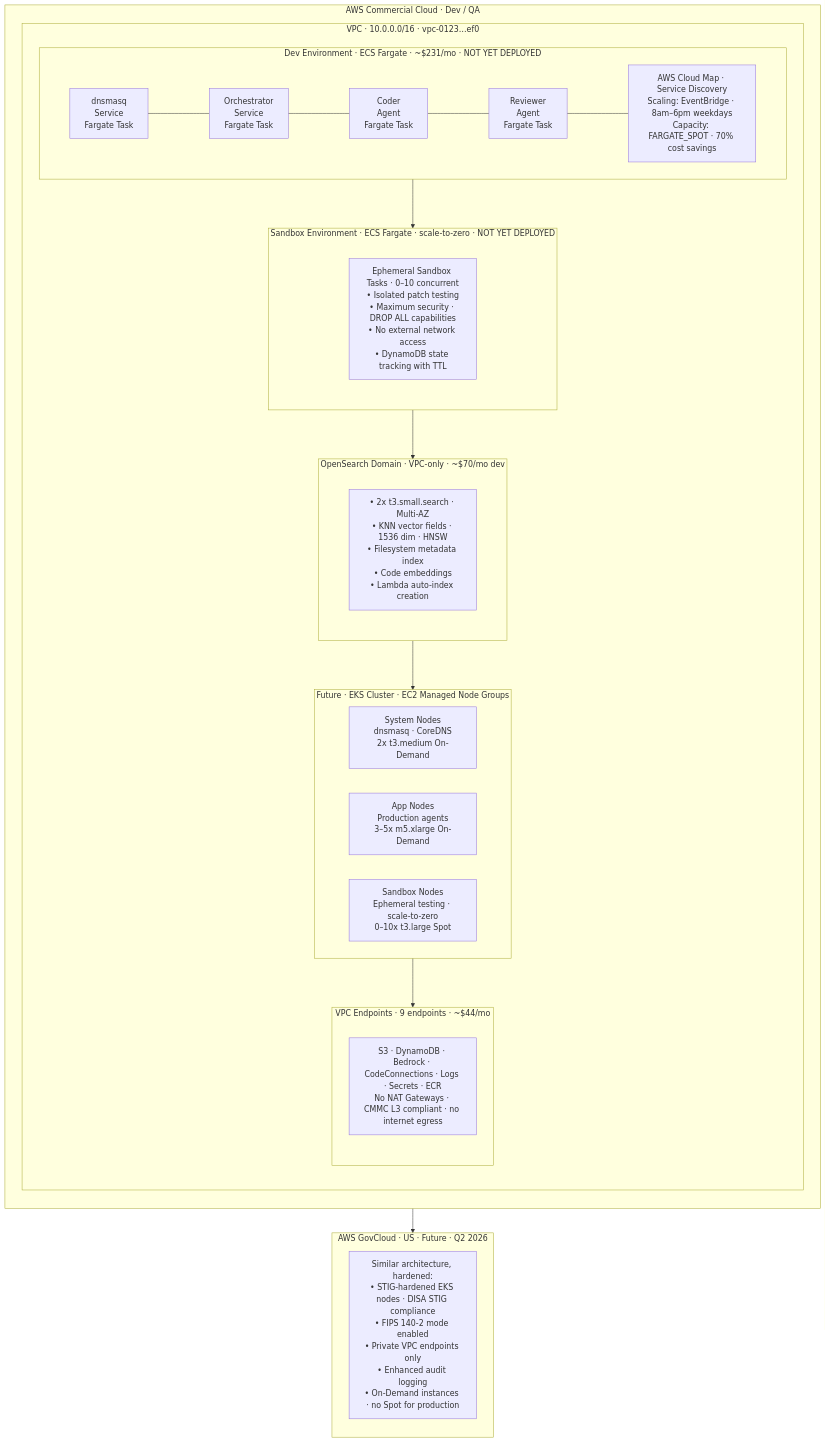
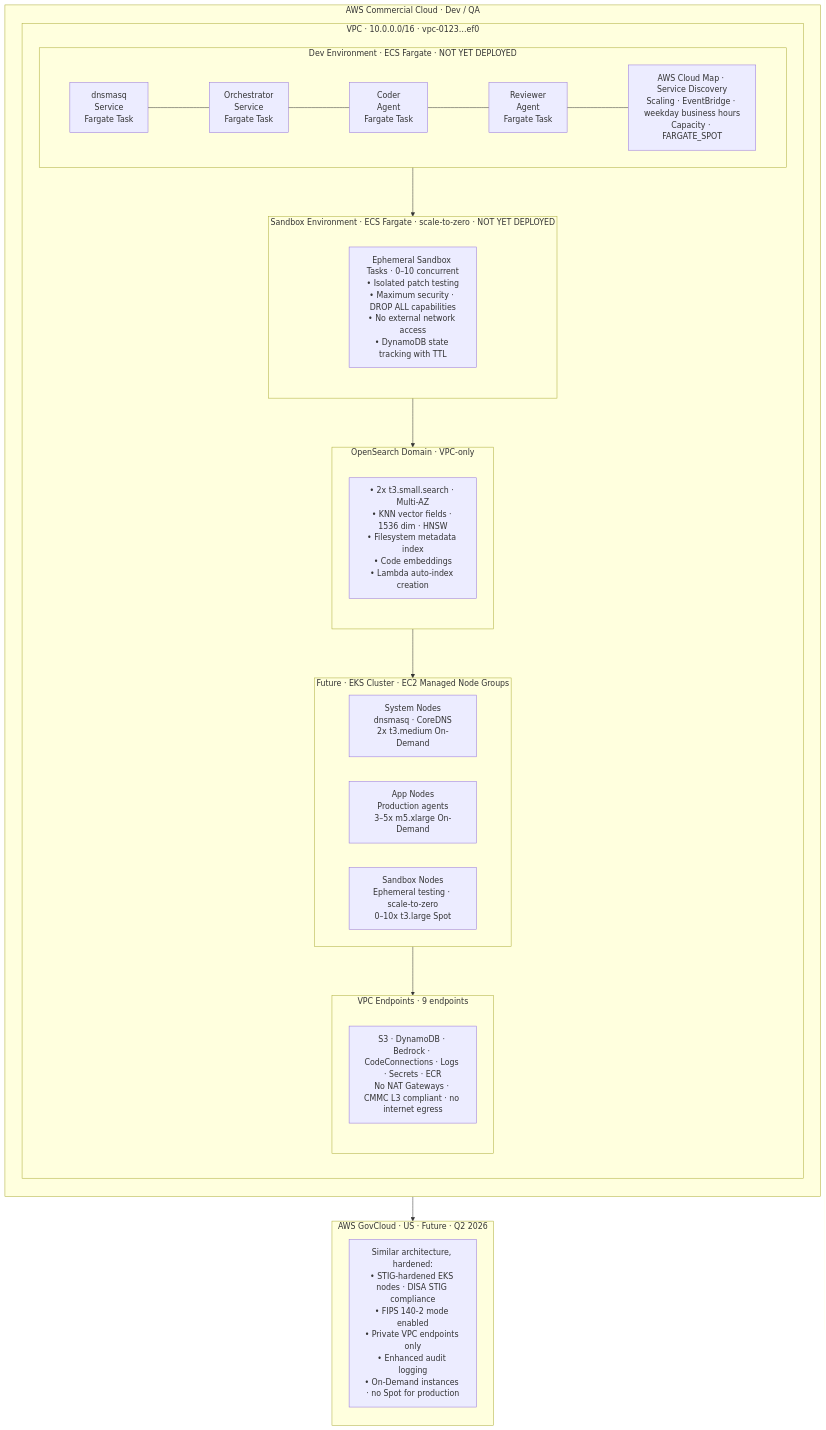
Before and after one commit to aenealabs/aura: the third of 11 diagrams in docs/SYSTEM_ARCHITECTURE.md, drawn with Mermaid. The commit also changed other lines of this file, not shown here.

````diff
--- a/docs/SYSTEM_ARCHITECTURE.md
+++ b/docs/SYSTEM_ARCHITECTURE.md
@@ -154,53 +154,53 @@
 ```mermaid
 flowchart TB
     subgraph Commercial[AWS Commercial Cloud · Dev / QA]
         direction TB
         subgraph VPC["VPC · 10.0.0.0/16 · vpc-0123…ef0"]
             direction TB
 
-            subgraph Dev["Dev Environment · ECS Fargate · ~$231/mo · NOT YET DEPLOYED"]
+            subgraph Dev["Dev Environment · ECS Fargate · NOT YET DEPLOYED"]
                 direction LR
                 D1[dnsmasq<br/>Service<br/>Fargate Task]
                 D2[Orchestrator<br/>Service<br/>Fargate Task]
                 D3[Coder<br/>Agent<br/>Fargate Task]
                 D4[Reviewer<br/>Agent<br/>Fargate Task]
-                DM["AWS Cloud Map · Service Discovery<br/>Scaling: EventBridge · 8am–6pm weekdays<br/>Capacity: FARGATE_SPOT · 70% cost savings"]
+                DM["AWS Cloud Map · Service Discovery<br/>Scaling · EventBridge · weekday business hours<br/>Capacity · FARGATE_SPOT"]
                 D1 --- D2 --- D3 --- D4 --- DM
             end
 
             subgraph Sandbox["Sandbox Environment · ECS Fargate · scale-to-zero · NOT YET DEPLOYED"]
                 direction TB
                 SB1["Ephemeral Sandbox Tasks · 0–10 concurrent<br/>• Isolated patch testing<br/>• Maximum security · DROP ALL capabilities<br/>• No external network access<br/>• DynamoDB state tracking with TTL"]
             end
 
-            subgraph OS["OpenSearch Domain · VPC-only · ~$70/mo dev"]
+            subgraph OS["OpenSearch Domain · VPC-only"]
                 direction TB
                 OS1["• 2x t3.small.search · Multi-AZ<br/>• KNN vector fields · 1536 dim · HNSW<br/>• Filesystem metadata index<br/>• Code embeddings<br/>• Lambda auto-index creation"]
             end
 
             subgraph EKS["Future · EKS Cluster · EC2 Managed Node Groups"]
                 direction LR
                 EKS1[System Nodes<br/>dnsmasq · CoreDNS<br/>2x t3.medium On-Demand]
                 EKS2[App Nodes<br/>Production agents<br/>3–5x m5.xlarge On-Demand]
                 EKS3[Sandbox Nodes<br/>Ephemeral testing · scale-to-zero<br/>0–10x t3.large Spot]
             end
 
-            subgraph Endpoints["VPC Endpoints · 9 endpoints · ~$44/mo"]
+            subgraph Endpoints["VPC Endpoints · 9 endpoints"]
                 direction TB
                 EP1["S3 · DynamoDB · Bedrock · CodeConnections · Logs · Secrets · ECR<br/>No NAT Gateways · CMMC L3 compliant · no internet egress"]
             end
 
             Dev --> Sandbox
             Sandbox --> OS
             OS --> EKS
             EKS --> Endpoints
         end
     end
 
     subgraph GovCloud[AWS GovCloud · US · Future · Q2 2026]
         direction TB
         GC1["Similar architecture, hardened:<br/>• STIG-hardened EKS nodes · DISA STIG compliance<br/>• FIPS 140-2 mode enabled<br/>• Private VPC endpoints only<br/>• Enhanced audit logging<br/>• On-Demand instances · no Spot for production"]
     end
 
     Commercial --> GovCloud
 ```
````
